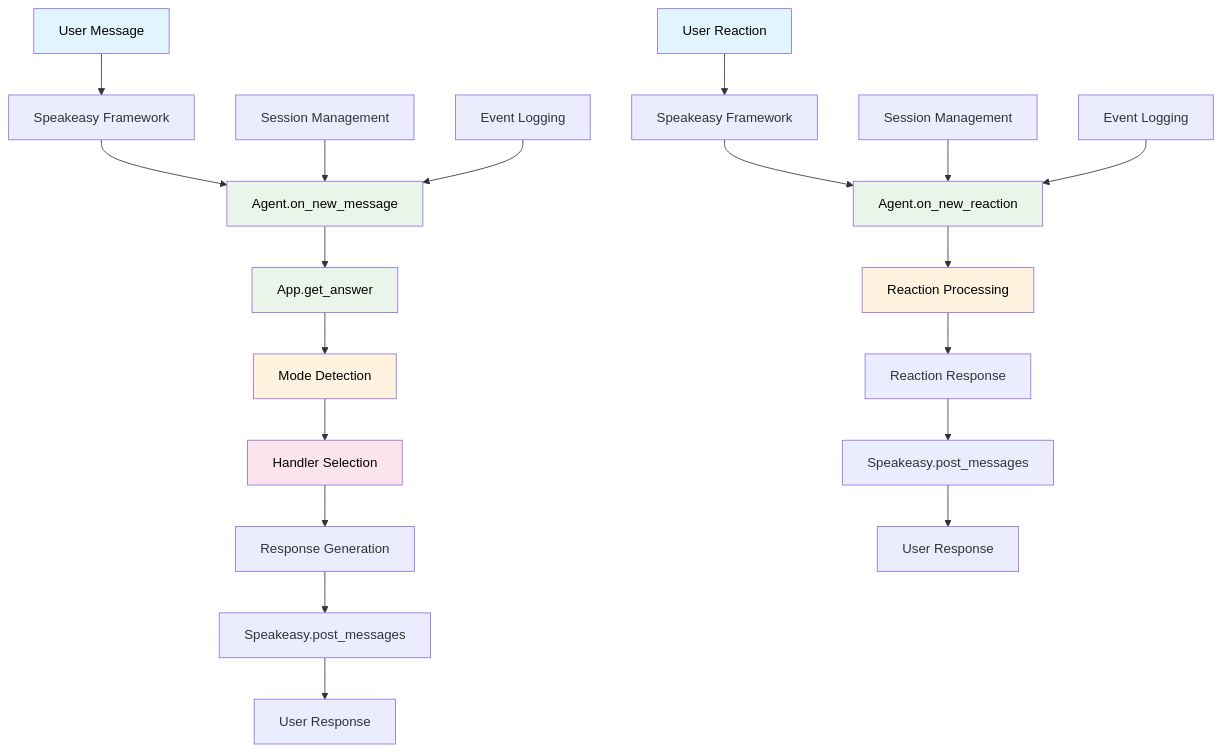
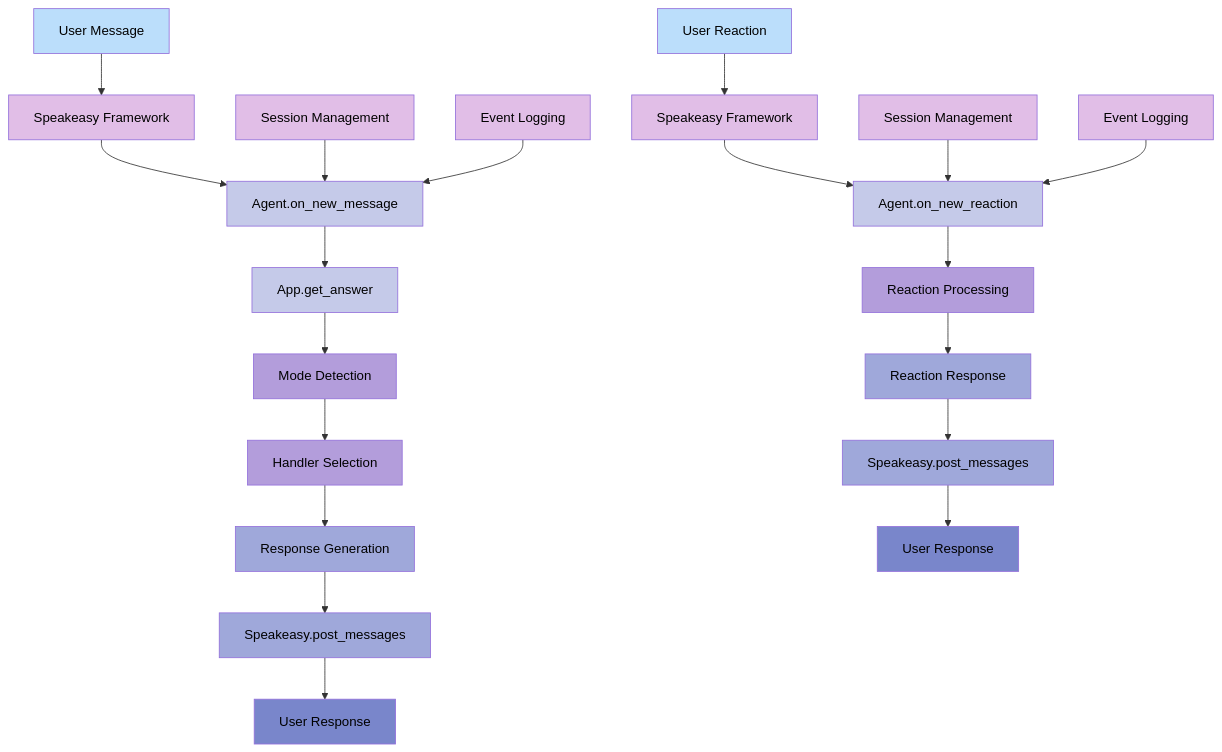
The first of 9 diagrams in README.md (schneialexan/atai-chatbot), drawn with Mermaid before and after one commit. The commit also changed other lines of this file, not shown here.

Commit message:
changed styling of graphs

````diff
--- a/README.md
+++ b/README.md
@@ -334,32 +334,44 @@
 ```mermaid
 graph TD
     A[User Message] --> B[Speakeasy Framework]
     B --> C[Agent.on_new_message]
     C --> D[App.get_answer]
     D --> E[Mode Detection]
     E --> F[Handler Selection]
     F --> G[Response Generation]
     G --> H[Speakeasy.post_messages]
     H --> I[User Response]
     
     J[User Reaction] --> K[Speakeasy Framework]
     K --> L[Agent.on_new_reaction]
     L --> M[Reaction Processing]
     M --> N[Reaction Response]
     N --> O[Speakeasy.post_messages]
     O --> P[User Response]
     
     Q[Session Management] --> C
     R[Event Logging] --> C
     S[Session Management] --> L
     T[Event Logging] --> L
     
-    style A fill:#e1f5fe,color:#000000
-    style J fill:#e1f5fe,color:#000000
-    style C fill:#e8f5e8,color:#000000
-    style D fill:#e8f5e8,color:#000000
-    style E fill:#fff3e0,color:#000000
-    style F fill:#fce4ec,color:#000000
-    style L fill:#e8f5e8,color:#000000
-    style M fill:#fff3e0,color:#000000
+    style A fill:#BBDEFB,color:#000000
+    style J fill:#BBDEFB,color:#000000
+    style B fill:#E1BEE7,color:#000000
+    style K fill:#E1BEE7,color:#000000
+    style C fill:#C5CAE9,color:#000000
+    style D fill:#C5CAE9,color:#000000
+    style L fill:#C5CAE9,color:#000000
+    style E fill:#B39DDB,color:#000000
+    style M fill:#B39DDB,color:#000000
+    style F fill:#B39DDB,color:#000000
+    style G fill:#9FA8DA,color:#000000
+    style H fill:#9FA8DA,color:#000000
+    style N fill:#9FA8DA,color:#000000
+    style O fill:#9FA8DA,color:#000000
+    style I fill:#7986CB,color:#000000
+    style P fill:#7986CB,color:#000000
+    style Q fill:#E1BEE7,color:#000000
+    style R fill:#E1BEE7,color:#000000
+    style S fill:#E1BEE7,color:#000000
+    style T fill:#E1BEE7,color:#000000
 ```
````
